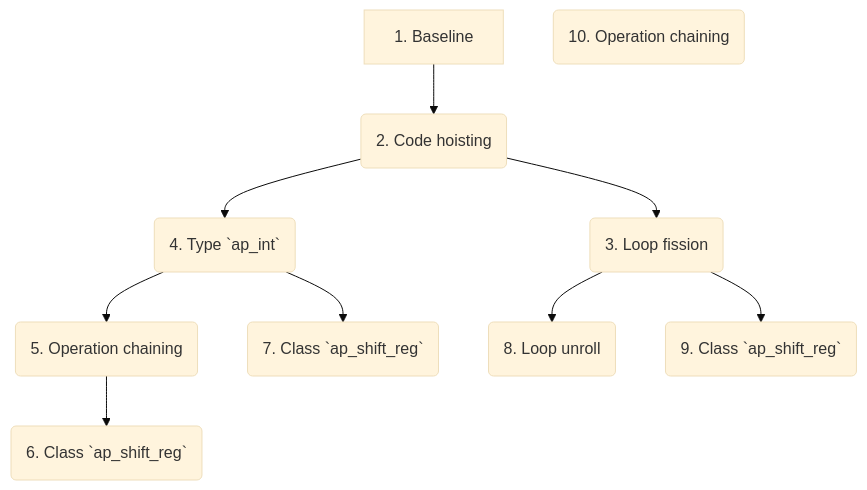
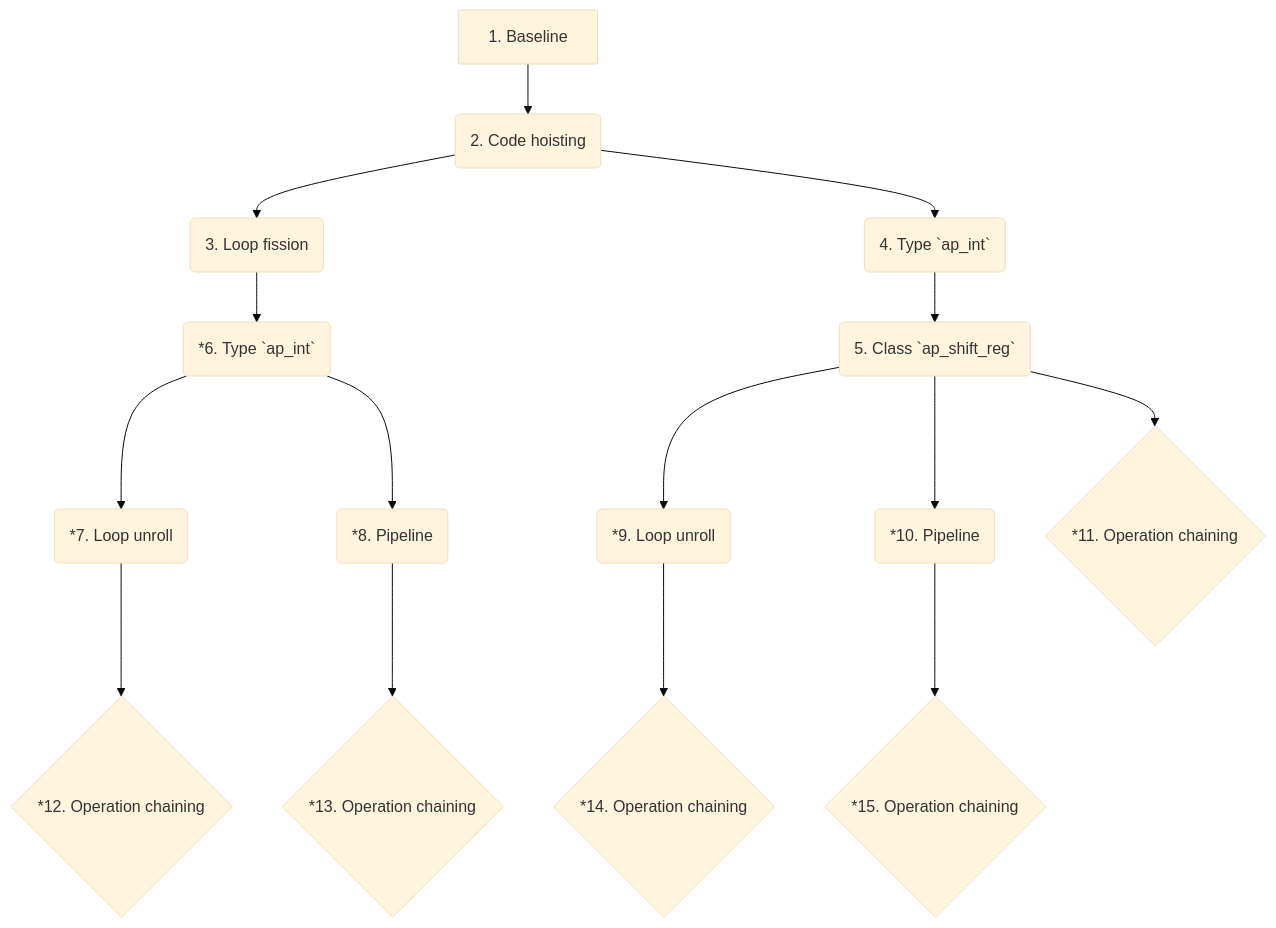
One commit to XBlayz/HLS_projects changed the diagram in README.md. Above: the diagram before and after it, drawn with Mermaid (base theme). The commit also changed other lines of this file, not shown here.

Commit message:
docs: update workflow and revisions graph
Update the documentation to include the new `fir_ap-shift-reg` workflow command and expand the Mermaid revisions graph to reflect the updated project roadmap and optimization paths.

````diff
--- a/README.md
+++ b/README.md
@@ -115,23 +118,15 @@
 ```mermaid
 flowchart TD
-    1[1. Baseline] --> 2(2. Code hoisting)
-    2 --> 3(3. Loop fission)
-    2 --> 4(4. Type `ap_int`)
+    1[1. Baseline] --> 2(2. Code hoisting) --> 3(3. Loop fission) --> 6(*6. Type `ap_int`)
+    2 --> 4(4. Type `ap_int`) --> 5(5. Class `ap_shift_reg`) --> 11{*11. Operation chaining}
 
-    %%TODO: Next steps
-    4 --> 5(5. Operation chaining)
-    5 --> 6(6. Class `ap_shift_reg`)
-    4 --> 7(7. Class `ap_shift_reg`)
-    3 --> 8(8. Loop unroll)
+    6 --> 7(*7. Loop unroll) --> 12{*12. Operation chaining}
+    6 --> 8(*8. Pipeline) --> 13{*13. Operation chaining}
     %%TODO: potential "Array partition"
 
-    3 --> 9(9. Class `ap_shift_reg`)
+    5 --> 9(*9. Loop unroll) --> 14{*14. Operation chaining}
+    5 --> 10(*10. Pipeline) --> 15{*15. Operation chaining}
+    %%TODO: potential "Array partition"
 
-    %%TODO: 7/8/9 --> ...
-    10(10. Operation chaining)
-
-    %%TODO: Best --> "Unrolling"
-    %%TODO: Best --> "Pipeline"
-    %%TODO: Others --> "Pipeline"
-    %%TODO: Best --> "AXI"
+    %%TODO: <BEST> --> 16[16. AXI4-Stream]
 ```
````
